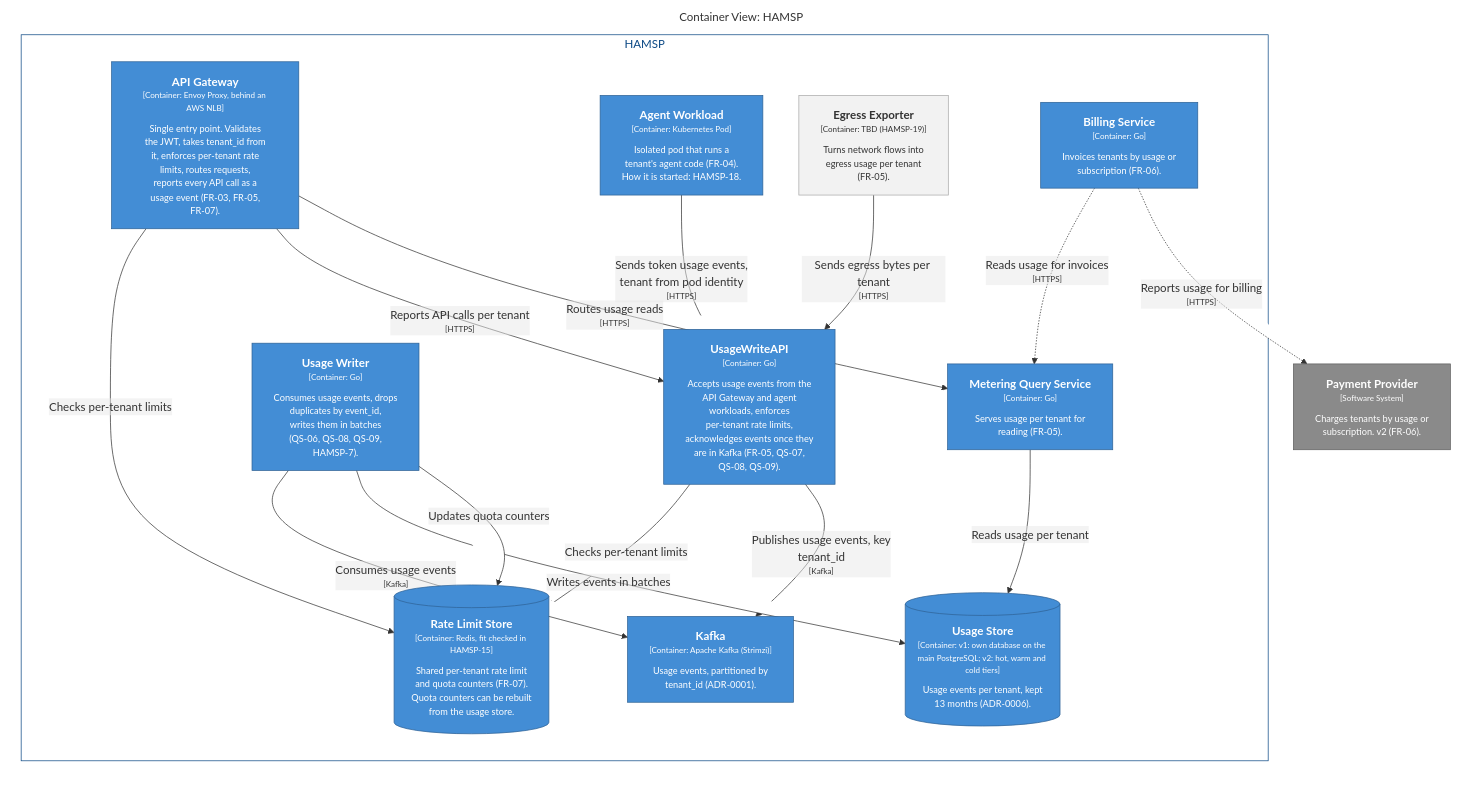
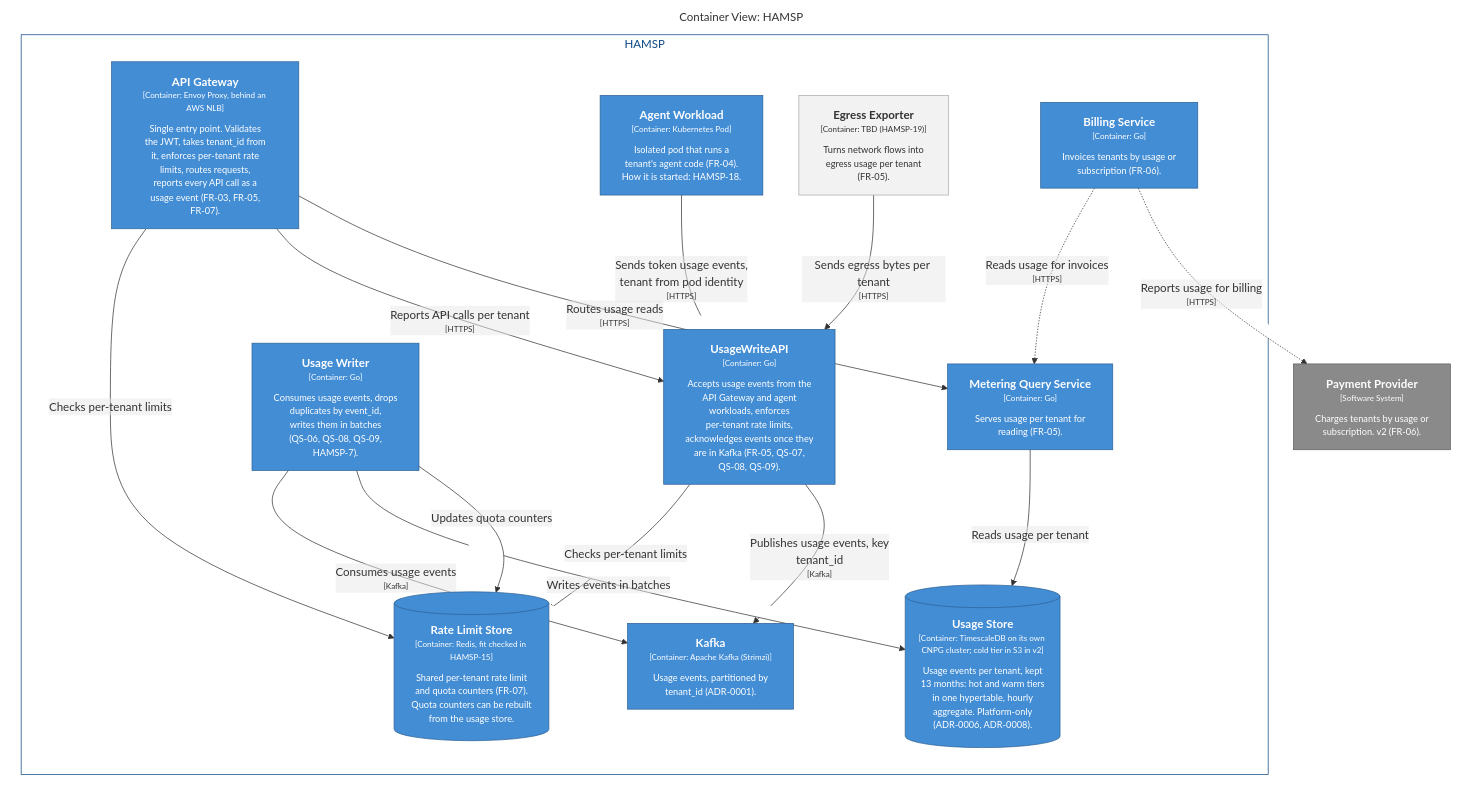
One commit to maksimillian1/ha-multitenant-saas-platform changed the third of 3 diagrams in docs/architecture/c4/README.md. Above: the diagram before and after it, drawn with Mermaid. The commit also changed 10 other files, not shown here.

Commit message:
HAMSP-25: docs and C4 point to the usage cluster; ADR-0001, -0002, -0006, -0007 amended by ADR-0008

````diff
--- a/docs/architecture/c4/README.md
+++ b/docs/architecture/c4/README.md
@@ -122,51 +122,51 @@
 ```mermaid
 graph LR
   linkStyle default fill:#ffffff
 
   subgraph diagram ["Container View: HAMSP"]
     style diagram fill:#ffffff,stroke:#ffffff
 
     24["<div style='font-weight: bold'>Payment Provider</div><div style='font-size: 70%; margin-top: 0px'>[Software System]</div><div style='font-size: 80%; margin-top:10px'>Charges tenants by usage or<br />subscription. v2 (FR-06).</div>"]
     style 24 fill:#8a8a8a,stroke:#606060,color:#ffffff
 
     subgraph 4 ["HAMSP"]
       style 4 fill:#ffffff,stroke:#0b4884,color:#0b4884
 
       11["<div style='font-weight: bold'>Agent Workload</div><div style='font-size: 70%; margin-top: 0px'>[Container: Kubernetes Pod]</div><div style='font-size: 80%; margin-top:10px'>Isolated pod that runs a<br />tenant's agent code (FR-04).<br />How it is started: HAMSP-18.</div>"]
       style 11 fill:#438dd5,stroke:#2e6295,color:#ffffff
       12["<div style='font-weight: bold'>UsageWriteAPI</div><div style='font-size: 70%; margin-top: 0px'>[Container: Go]</div><div style='font-size: 80%; margin-top:10px'>Accepts usage events from the<br />API Gateway and agent<br />workloads, enforces<br />per-tenant rate limits,<br />acknowledges events once they<br />are in Kafka (FR-05, QS-07,<br />QS-08, QS-09).</div>"]
       style 12 fill:#438dd5,stroke:#2e6295,color:#ffffff
       13["<div style='font-weight: bold'>Egress Exporter</div><div style='font-size: 70%; margin-top: 0px'>[Container: TBD (HAMSP-19)]</div><div style='font-size: 80%; margin-top:10px'>Turns network flows into<br />egress usage per tenant<br />(FR-05).</div>"]
       style 13 fill:#f2f2f2,stroke:#a9a9a9,color:#333333
       14["<div style='font-weight: bold'>Usage Writer</div><div style='font-size: 70%; margin-top: 0px'>[Container: Go]</div><div style='font-size: 80%; margin-top:10px'>Consumes usage events, drops<br />duplicates by event_id,<br />writes them in batches<br />(QS-06, QS-08, QS-09,<br />HAMSP-7).</div>"]
       style 14 fill:#438dd5,stroke:#2e6295,color:#ffffff
       15["<div style='font-weight: bold'>Metering Query Service</div><div style='font-size: 70%; margin-top: 0px'>[Container: Go]</div><div style='font-size: 80%; margin-top:10px'>Serves usage per tenant for<br />reading (FR-05).</div>"]
       style 15 fill:#438dd5,stroke:#2e6295,color:#ffffff
       16["<div style='font-weight: bold'>Billing Service</div><div style='font-size: 70%; margin-top: 0px'>[Container: Go]</div><div style='font-size: 80%; margin-top:10px'>Invoices tenants by usage or<br />subscription (FR-06).</div>"]
       style 16 fill:#438dd5,stroke:#2e6295,color:#ffffff
       18["<div style='font-weight: bold'>Kafka</div><div style='font-size: 70%; margin-top: 0px'>[Container: Apache Kafka (Strimzi)]</div><div style='font-size: 80%; margin-top:10px'>Usage events, partitioned by<br />tenant_id (ADR-0001).</div>"]
       style 18 fill:#438dd5,stroke:#2e6295,color:#ffffff
-      19[("<div style='font-weight: bold'>Usage Store</div><div style='font-size: 70%; margin-top: 0px'>[Container: v1: own database on the main PostgreSQL; v2: hot, warm and cold tiers]</div><div style='font-size: 80%; margin-top:10px'>Usage events per tenant, kept<br />13 months (ADR-0006).</div>")]
+      19[("<div style='font-weight: bold'>Usage Store</div><div style='font-size: 70%; margin-top: 0px'>[Container: TimescaleDB on its own CNPG cluster; cold tier in S3 in v2]</div><div style='font-size: 80%; margin-top:10px'>Usage events per tenant, kept<br />13 months: hot and warm tiers<br />in one hypertable, hourly<br />aggregate. Platform-only<br />(ADR-0006, ADR-0008).</div>")]
       style 19 fill:#438dd5,stroke:#2e6295,color:#ffffff
       20[("<div style='font-weight: bold'>Rate Limit Store</div><div style='font-size: 70%; margin-top: 0px'>[Container: Redis, fit checked in HAMSP-15]</div><div style='font-size: 80%; margin-top:10px'>Shared per-tenant rate limit<br />and quota counters (FR-07).<br />Quota counters can be rebuilt<br />from the usage store.</div>")]
       style 20 fill:#438dd5,stroke:#2e6295,color:#ffffff
       7["<div style='font-weight: bold'>API Gateway</div><div style='font-size: 70%; margin-top: 0px'>[Container: Envoy Proxy, behind an AWS NLB]</div><div style='font-size: 80%; margin-top:10px'>Single entry point. Validates<br />the JWT, takes tenant_id from<br />it, enforces per-tenant rate<br />limits, routes requests,<br />reports every API call as a<br />usage event (FR-03, FR-05,<br />FR-07).</div>"]
       style 7 fill:#438dd5,stroke:#2e6295,color:#ffffff
     end
 
     7-- "<div>Checks per-tenant limits</div><div style='font-size: 70%'></div>" -->20
     7-- "<div>Reports API calls per tenant</div><div style='font-size: 70%'>[HTTPS]</div>" -->12
     11-- "<div>Sends token usage events,<br />tenant from pod identity</div><div style='font-size: 70%'>[HTTPS]</div>" -->12
     13-- "<div>Sends egress bytes per tenant</div><div style='font-size: 70%'>[HTTPS]</div>" -->12
     12-- "<div>Checks per-tenant limits</div><div style='font-size: 70%'></div>" -->20
     12-- "<div>Publishes usage events, key<br />tenant_id</div><div style='font-size: 70%'>[Kafka]</div>" -->18
     14-- "<div>Consumes usage events</div><div style='font-size: 70%'>[Kafka]</div>" -->18
     14-- "<div>Writes events in batches</div><div style='font-size: 70%'></div>" -->19
     14-- "<div>Updates quota counters</div><div style='font-size: 70%'></div>" -->20
     7-- "<div>Routes usage reads</div><div style='font-size: 70%'>[HTTPS]</div>" -->15
     15-- "<div>Reads usage per tenant</div><div style='font-size: 70%'></div>" -->19
     16-. "<div>Reads usage for invoices</div><div style='font-size: 70%'>[HTTPS]</div>" .->15
     16-. "<div>Reports usage for billing</div><div style='font-size: 70%'>[HTTPS]</div>" .->24
 
   end
 ```
````
